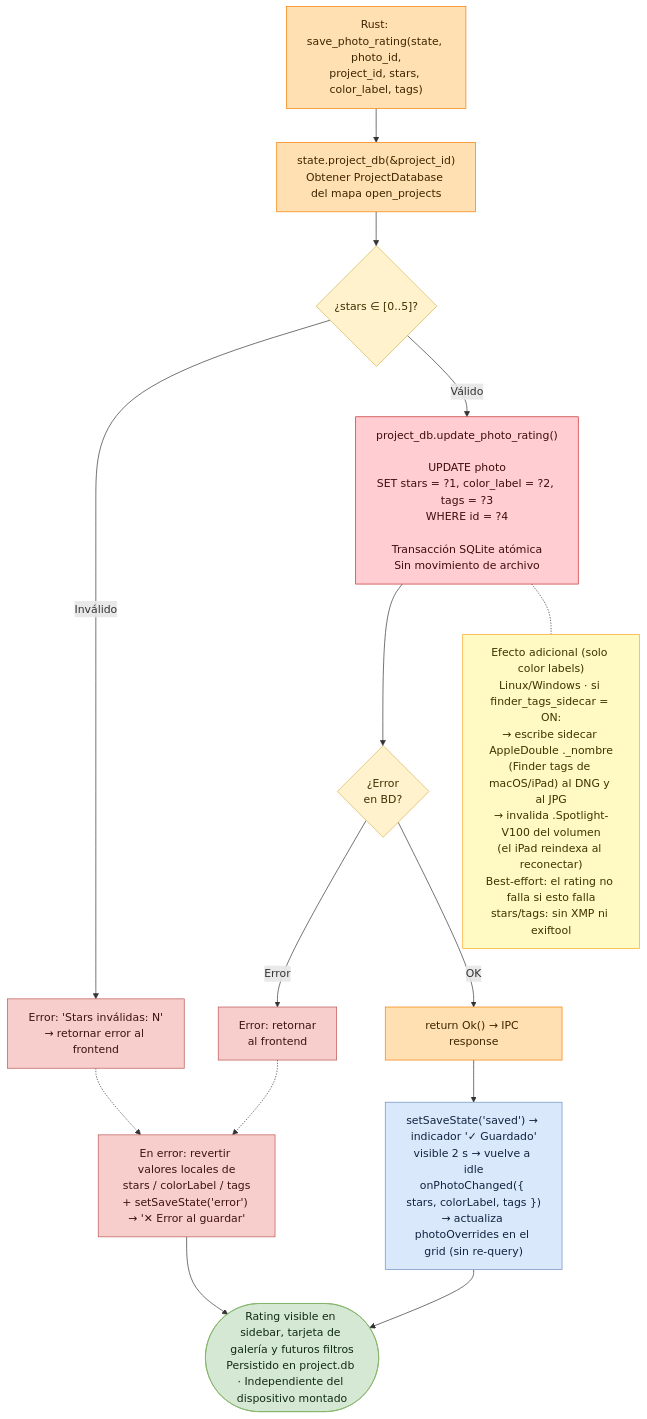
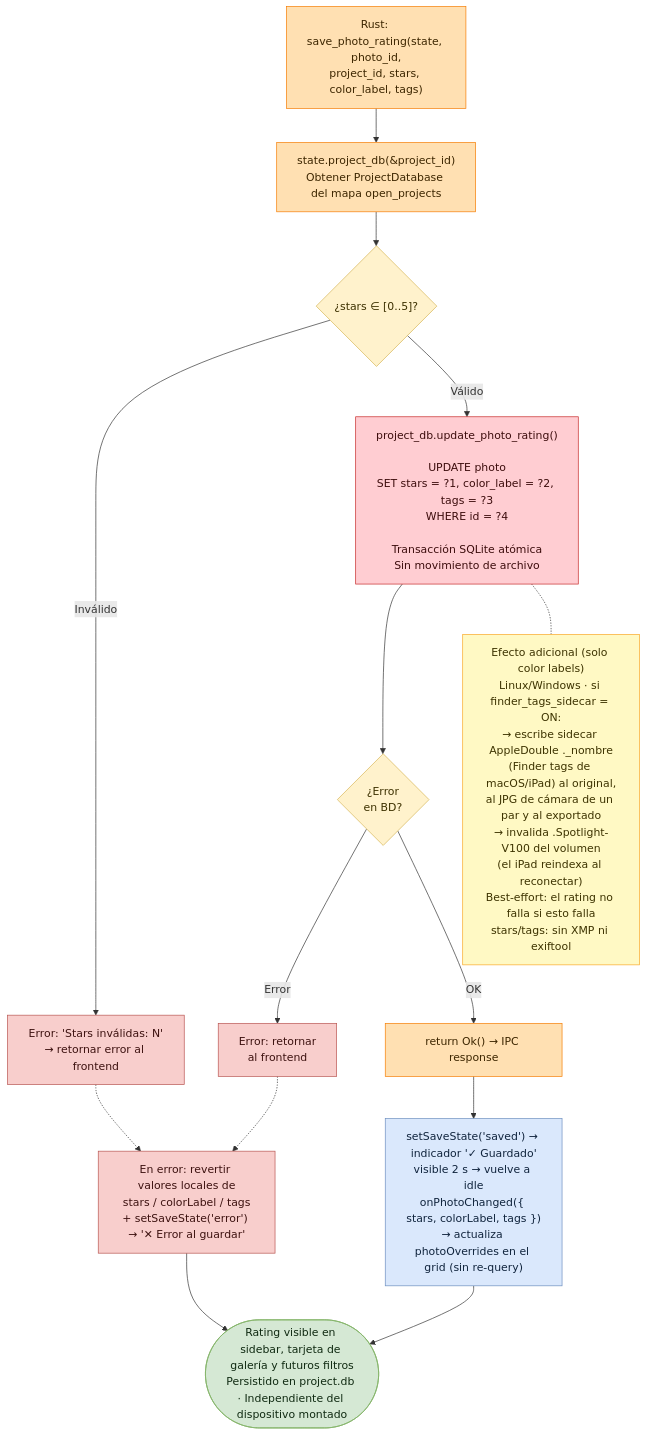
Before and after one commit to everitosan/lumik: the second of 2 diagrams in docs/useCases/flujo-rating-estrellas.md, drawn with Mermaid. The commit also changed other lines of this file and 75 other files, not shown here.

First line of the commit message:
feat(desktop): pares RAW+JPEG y entrega del JPG de cámara

````diff
--- a/docs/useCases/flujo-rating-estrellas.md
+++ b/docs/useCases/flujo-rating-estrellas.md
@@ -42,40 +42,40 @@
 ```mermaid
 flowchart TD
     be["Rust: save_photo_rating(state, photo_id,<br/>project_id, stars, color_label, tags)"]
     get_db["state.project_db(&project_id)<br/>Obtener ProjectDatabase del mapa open_projects"]
     val_q{"¿stars ∈ [0..5]?"}
     val_err["Error: 'Stars inválidas: N'<br/>→ retornar error al frontend"]
     db_update["project_db.update_photo_rating()<br/><br/>UPDATE photo<br/>SET stars = ?1, color_label = ?2, tags = ?3<br/>WHERE id = ?4<br/><br/>Transacción SQLite atómica<br/>Sin movimiento de archivo"]
     db_q{"¿Error<br/>en BD?"}
     db_err["Error: retornar<br/>al frontend"]
     ok["return Ok() → IPC response"]
     fe_ok["setSaveState('saved') → indicador '✓ Guardado'<br/>visible 2 s → vuelve a idle<br/>onPhotoChanged({ stars, colorLabel, tags })<br/>→ actualiza photoOverrides en el grid (sin re-query)"]
     fe_err["En error: revertir valores locales de<br/>stars / colorLabel / tags<br/>+ setSaveState('error') → '✕ Error al guardar'"]
     fin(["Rating visible en sidebar, tarjeta de galería y futuros filtros<br/>Persistido en project.db · Independiente del dispositivo montado"])
 
-    sidecar["Efecto adicional (solo color labels)<br/>Linux/Windows · si finder_tags_sidecar = ON:<br/>→ escribe sidecar AppleDouble ._nombre<br/>(Finder tags de macOS/iPad) al DNG y al JPG<br/>→ invalida .Spotlight-V100 del volumen<br/>(el iPad reindexa al reconectar)<br/>Best-effort: el rating no falla si esto falla<br/>stars/tags: sin XMP ni exiftool"]
+    sidecar["Efecto adicional (solo color labels)<br/>Linux/Windows · si finder_tags_sidecar = ON:<br/>→ escribe sidecar AppleDouble ._nombre<br/>(Finder tags de macOS/iPad) al original,<br/>al JPG de cámara de un par y al exportado<br/>→ invalida .Spotlight-V100 del volumen<br/>(el iPad reindexa al reconectar)<br/>Best-effort: el rating no falla si esto falla<br/>stars/tags: sin XMP ni exiftool"]
 
     be --> get_db --> val_q
     val_q -->|Inválido| val_err -.-> fe_err
     val_q -->|Válido| db_update --> db_q
     db_q -->|Error| db_err -.-> fe_err
     db_q -->|OK| ok --> fe_ok
     db_update -.- sidecar
     fe_ok --> fin
     fe_err --> fin
 
     classDef term fill:#d5e8d4,stroke:#82b366,color:#102a12
     classDef ui fill:#dae8fc,stroke:#6c8ebf,color:#10243d
     classDef be fill:#ffe0b2,stroke:#f57c00,color:#3d2600
     classDef db fill:#ffcdd2,stroke:#c62828,color:#3d0d0d
     classDef dec fill:#fff2cc,stroke:#d6b656,color:#3d3100
     classDef err fill:#f8cecc,stroke:#b85450,color:#3d1210
     classDef note fill:#fff9c4,stroke:#f9a825,color:#3d3300
     class fin term
     class fe_ok ui
     class be,get_db,ok be
     class db_update db
     class val_q,db_q dec
     class val_err,db_err,fe_err err
     class sidecar note
 ```
````
